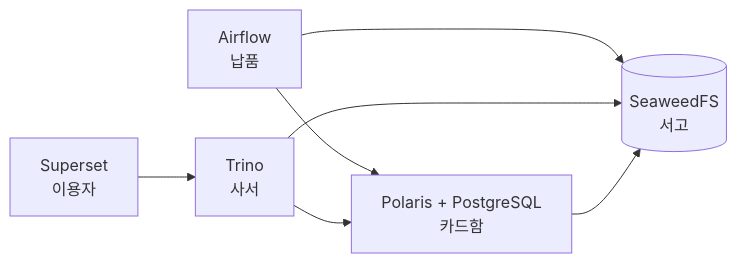
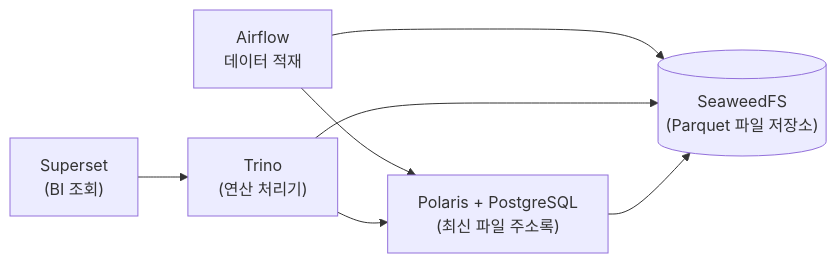
The first of 4 diagrams in _posts/2026-10-14-polaris-seaweedfs-trino-overview.md (95YHMoon/95YHMoon.github.io), drawn with Mermaid before and after one commit. The commit also changed other lines of this file, not shown here.

````diff
--- a/_posts/2026-10-14-polaris-seaweedfs-trino-overview.md
+++ b/_posts/2026-10-14-polaris-seaweedfs-trino-overview.md
@@ -32,9 +33,9 @@
 ```mermaid
 flowchart LR
-    AF["Airflow<br/>납품"] --> PO["Polaris + PostgreSQL<br/>카드함"]
-    TR["Trino<br/>사서"] --> PO
-    SS["Superset<br/>이용자"] --> TR
-    AF --> SW[("SeaweedFS<br/>서고")]
+    AF["Airflow<br/>데이터 적재"] --> PO["Polaris + PostgreSQL<br/>(최신 파일 주소록)"]
+    TR["Trino<br/>(연산 처리기)"] --> PO
+    SS["Superset<br/>(BI 조회)"] --> TR
+    AF --> SW[("SeaweedFS<br/>(Parquet 파일 저장소)")]
     TR --> SW
     PO --> SW
 ```
````
